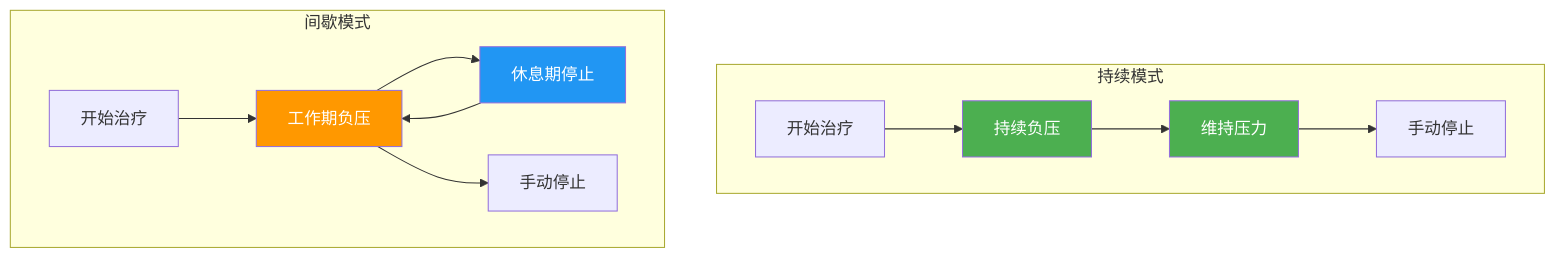
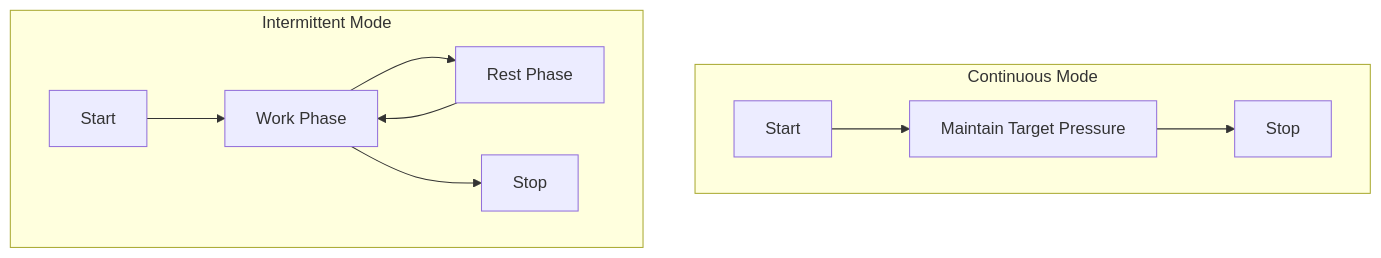
The third of 3 diagrams in README.md (Owen1B/PressureCare), drawn with Mermaid before and after one commit. The commit also changed other lines of this file and 15 other files, not shown here.

````diff
--- a/README.md
+++ b/README.md
@@ -198,20 +92,13 @@
 ```mermaid
 graph TB
-    subgraph "持续模式"
-        A1[开始治疗] --> A2[持续负压]
-        A2 --> A3[维持压力]
-        A3 --> A4[手动停止]
+    subgraph "Continuous Mode"
+        A1[Start] --> A2[Maintain Target Pressure] --> A3[Stop]
     end
     
-    subgraph "间歇模式"
-        B1[开始治疗] --> B2[工作期负压]
-        B2 --> B3[休息期停止]
+    subgraph "Intermittent Mode"
+        B1[Start] --> B2[Work Phase]
+        B2 --> B3[Rest Phase]
         B3 --> B2
-        B2 --> B4[手动停止]
+        B2 --> B4[Stop]
     end
-    
-    style A2 fill:#4CAF50,color:#fff
-    style A3 fill:#4CAF50,color:#fff
-    style B2 fill:#FF9800,color:#fff
-    style B3 fill:#2196F3,color:#fff
 ```
````
